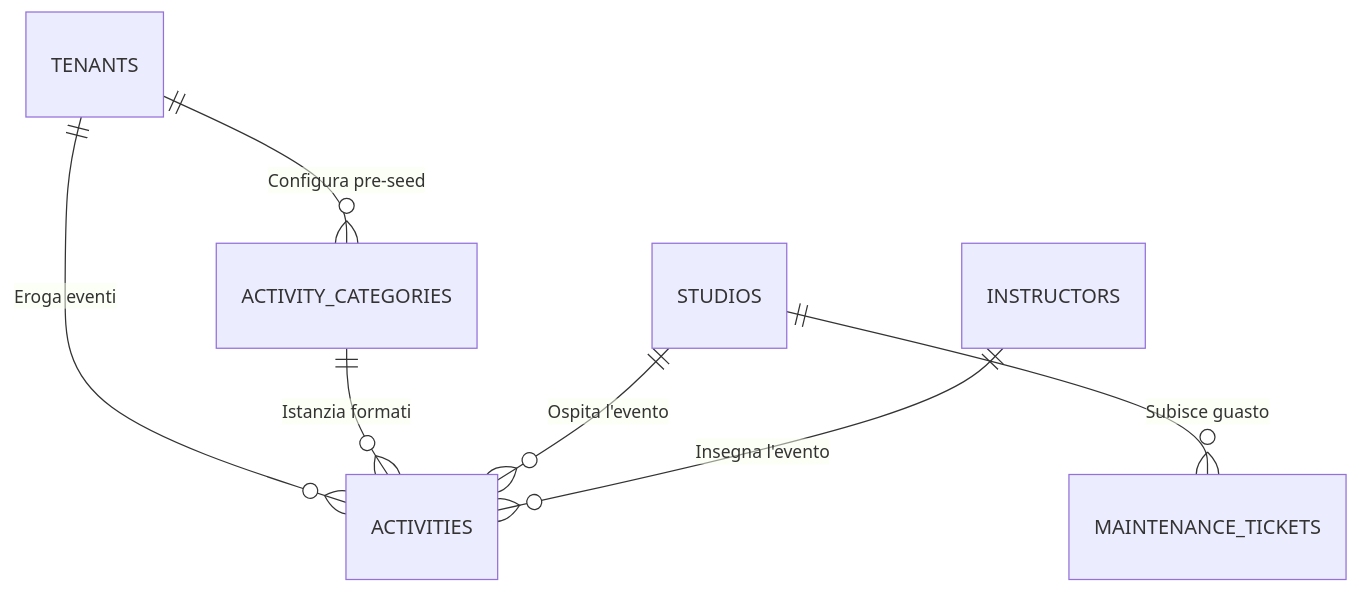
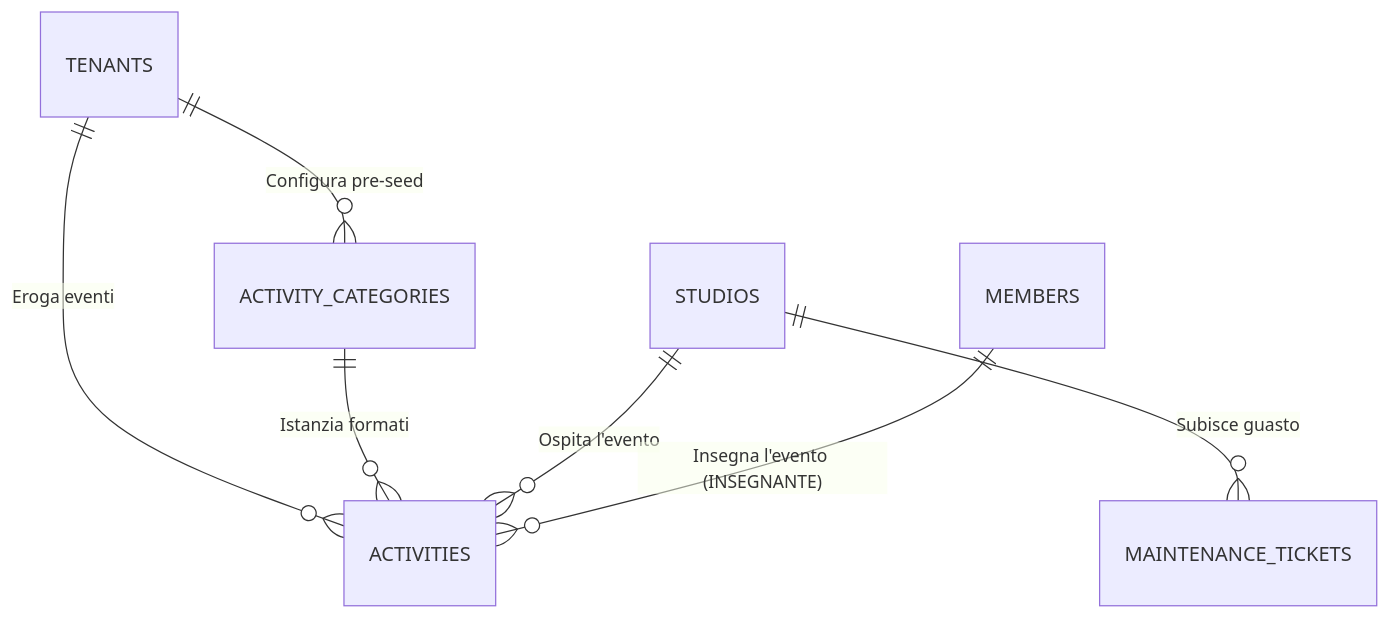
The second of 3 diagrams in _GAE_SVILUPPO/futuro/2_database_map_future.md (ago-debug/stargem-gae), drawn with Mermaid before and after one commit. The commit also changed other lines of this file and 33 other files, not shown here.

````diff
--- a/_GAE_SVILUPPO/futuro/2_database_map_future.md
+++ b/_GAE_SVILUPPO/futuro/2_database_map_future.md
@@ -89,10 +89,10 @@
 ```mermaid
 erDiagram
     TENANTS ||--o{ ACTIVITY_CATEGORIES : "Configura pre-seed"
     TENANTS ||--o{ ACTIVITIES : "Eroga eventi"
     ACTIVITY_CATEGORIES ||--o{ ACTIVITIES : "Istanzia formati"
     
     STUDIOS ||--o{ ACTIVITIES : "Ospita l'evento"
     STUDIOS ||--o{ MAINTENANCE_TICKETS : "Subisce guasto"
-    INSTRUCTORS ||--o{ ACTIVITIES : "Insegna l'evento"
+    MEMBERS ||--o{ ACTIVITIES : "Insegna l'evento (INSEGNANTE)"
 ```
````
